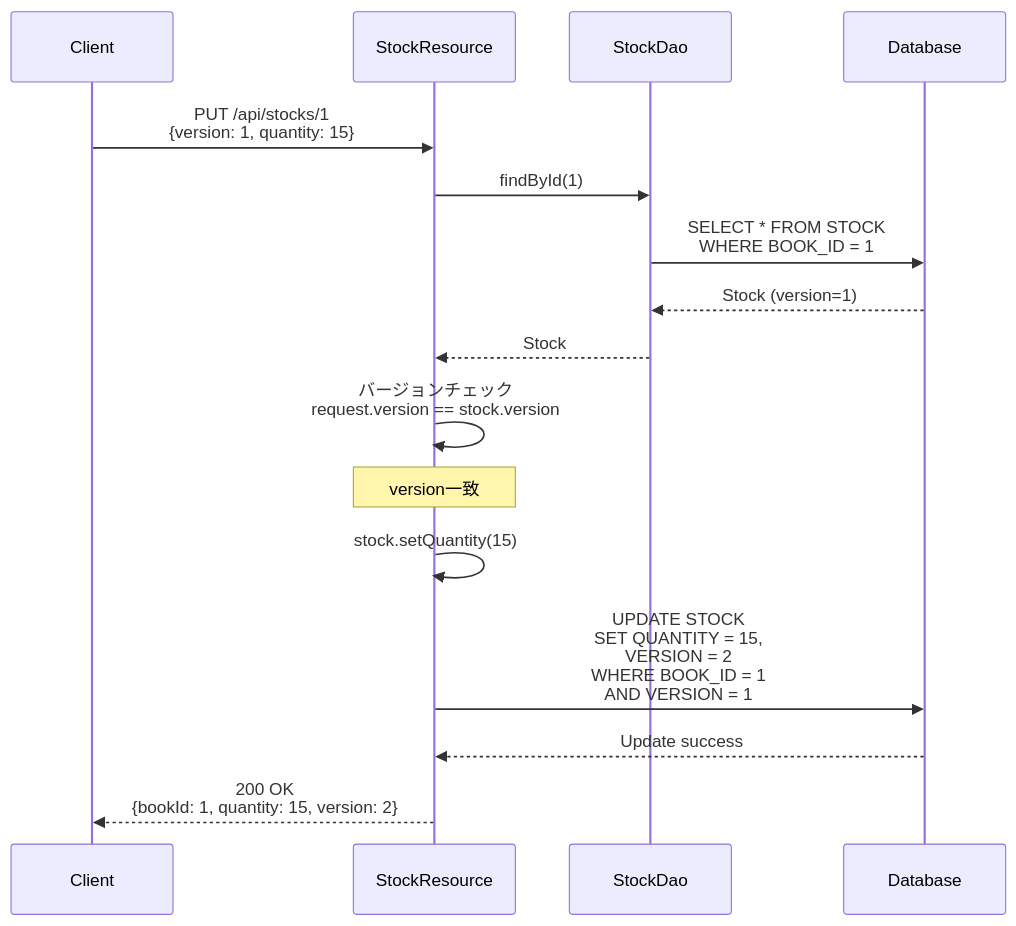
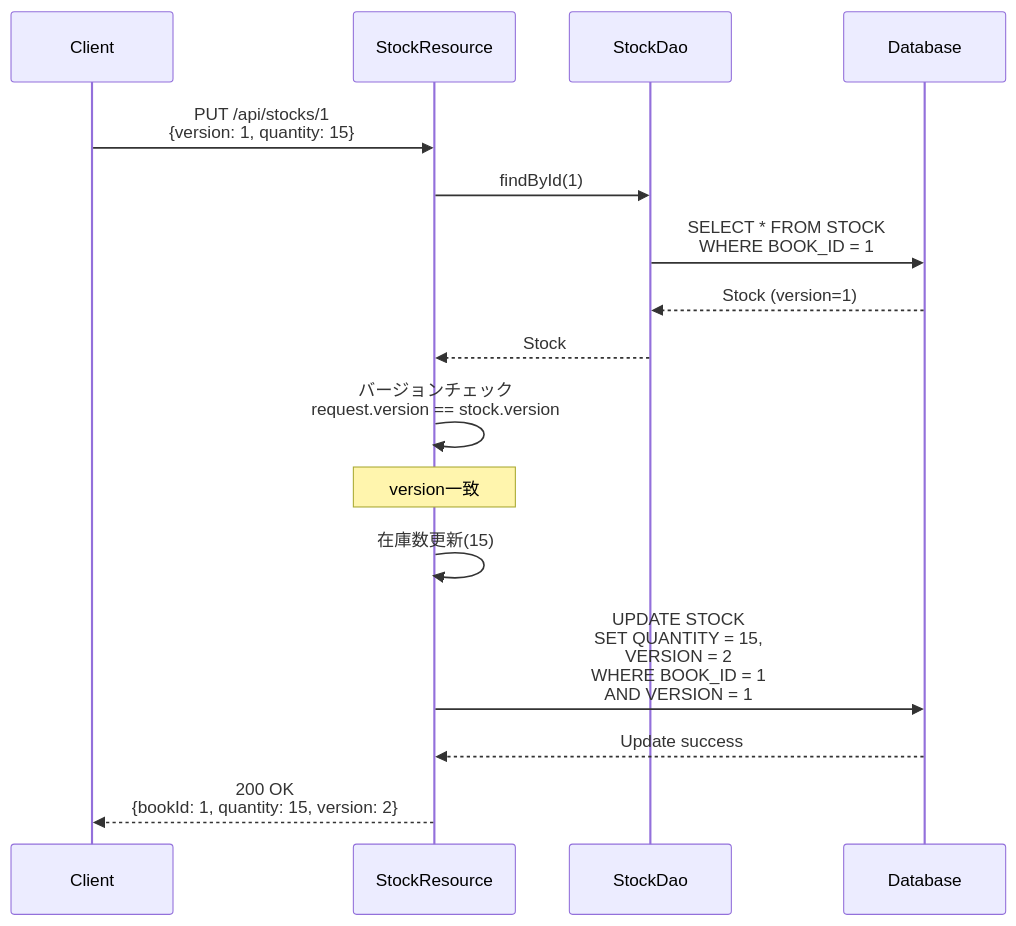
The fourth of 7 diagrams in projects/sdd/bookstore/back-office-api-sdd/specs/baseline/api/API_005_stocks/functional_design.md (KenyaSaitoh/ai_driven_dev_202601), drawn with Mermaid before and after one commit. The commit also changed other lines of this file and 52 other files, not shown here.

````diff
--- a/projects/sdd/bookstore/back-office-api-sdd/specs/baseline/api/API_005_stocks/functional_design.md
+++ b/projects/sdd/bookstore/back-office-api-sdd/specs/baseline/api/API_005_stocks/functional_design.md
@@ -249,21 +212,21 @@
 ```mermaid
 sequenceDiagram
     participant Client
     participant StockResource
     participant StockDao
     participant Database
 
     Client->>StockResource: PUT /api/stocks/1<br/>{version: 1, quantity: 15}
     StockResource->>StockDao: findById(1)
     StockDao->>Database: SELECT * FROM STOCK<br/>WHERE BOOK_ID = 1
     Database-->>StockDao: Stock (version=1)
     StockDao-->>StockResource: Stock
     
     StockResource->>StockResource: バージョンチェック<br/>request.version == stock.version
     Note over StockResource: version一致
     
-    StockResource->>StockResource: stock.setQuantity(15)
+    StockResource->>StockResource: 在庫数更新(15)
     StockResource->>Database: UPDATE STOCK<br/>SET QUANTITY = 15,<br/>    VERSION = 2<br/>WHERE BOOK_ID = 1<br/>  AND VERSION = 1
     Database-->>StockResource: Update success
     StockResource-->>Client: 200 OK<br/>{bookId: 1, quantity: 15, version: 2}
 ```
````
